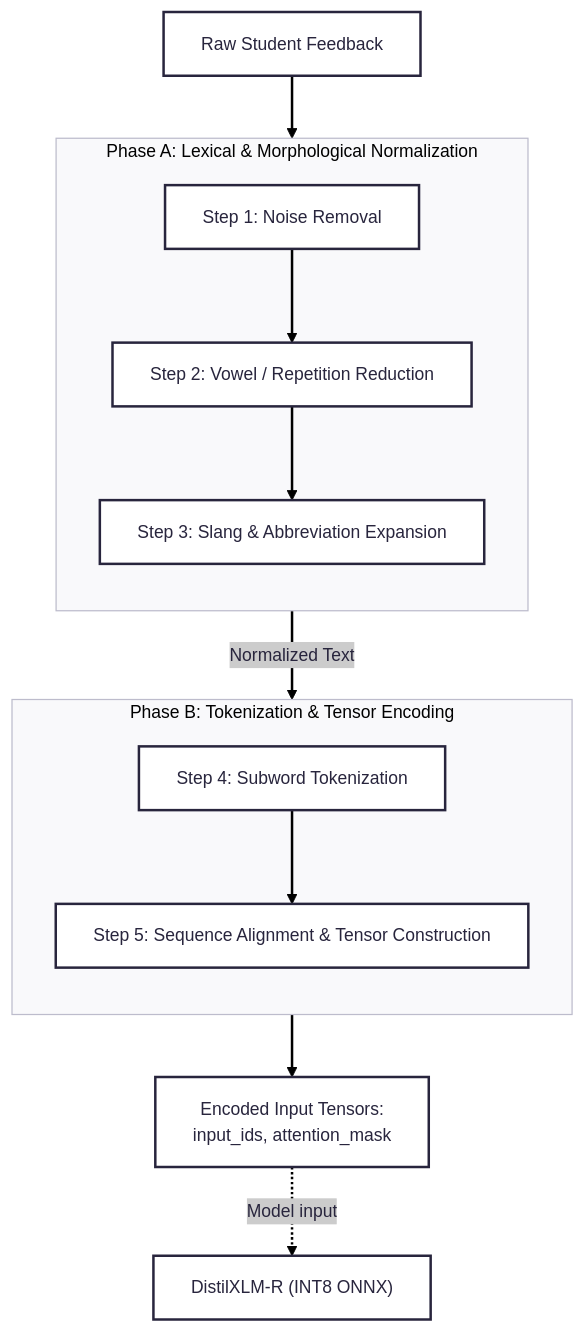
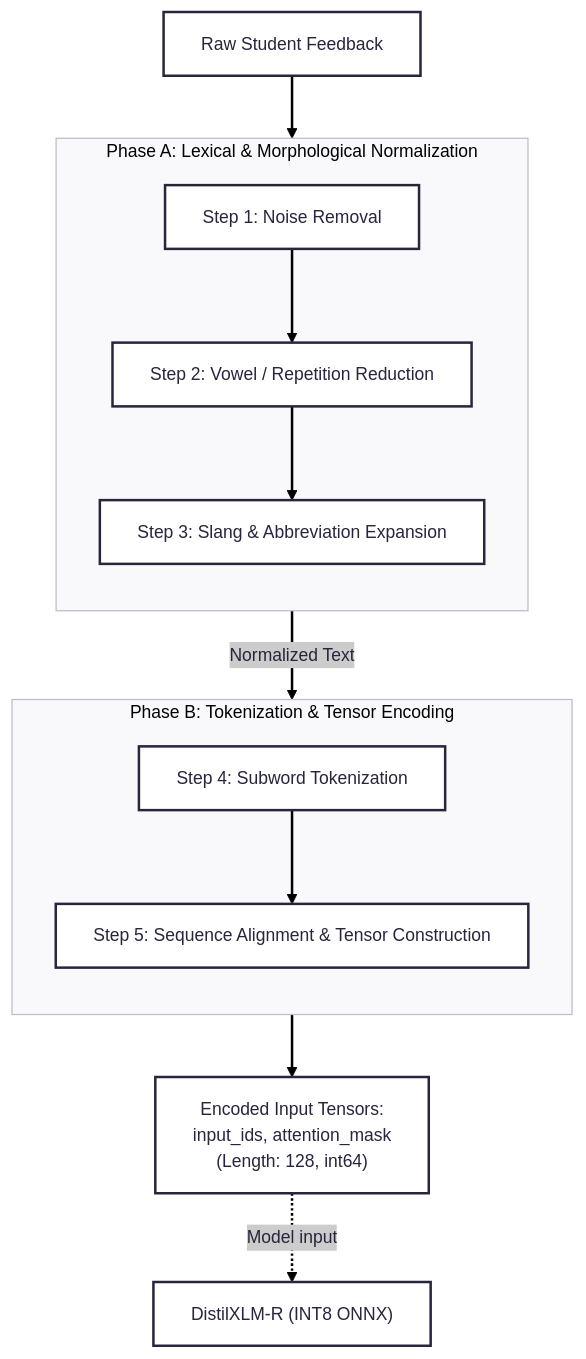
Before and after one commit to francis-villapando/feeana: the diagram in docs/preprocessing_pipeline_diagram.md, drawn with Mermaid. The commit also changed 3 other files, not shown here.

Commit message:
feat(diagrams): document persistence, faculty override loop, and tensor details

````diff
--- a/docs/preprocessing_pipeline_diagram.md
+++ b/docs/preprocessing_pipeline_diagram.md
@@ -1,35 +1,35 @@
 ```mermaid
 ---
 config:
   theme: redux
   look: classic
   flowchart:
     wrappingWidth: 1000
 ---
 flowchart TB
 
     RAW["Raw Student Feedback"]
 
     subgraph PHASE_A["Phase A: Lexical & Morphological Normalization"]
         direction TB
         P1_NOISE["Step 1: Noise Removal"]
         P1_VOWEL["Step 2: Vowel / Repetition Reduction"]
         P1_ABBREV["Step 3: Slang & Abbreviation Expansion"]
         P1_NOISE --> P1_VOWEL --> P1_ABBREV
     end
 
     subgraph PHASE_B["Phase B: Tokenization & Tensor Encoding"]
         direction TB
         P2_TOKENIZE["Step 4: Subword Tokenization"]
         P2_TENSORS["Step 5: Sequence Alignment & Tensor Construction"]
         P2_TOKENIZE --> P2_TENSORS
     end
 
-    TENSOR_OUT["Encoded Input Tensors:<br/>input_ids, attention_mask"]
+    TENSOR_OUT["Encoded Input Tensors:<br/>input_ids, attention_mask<br/>(Length: 128, int64)"]
     MODEL["DistilXLM-R (INT8 ONNX)"]
 
     RAW --> P1_NOISE
     P1_ABBREV -->|"Normalized Text"| P2_TOKENIZE
     P2_TENSORS --> TENSOR_OUT
     TENSOR_OUT -.->|"Model input"| MODEL
 ```
````
